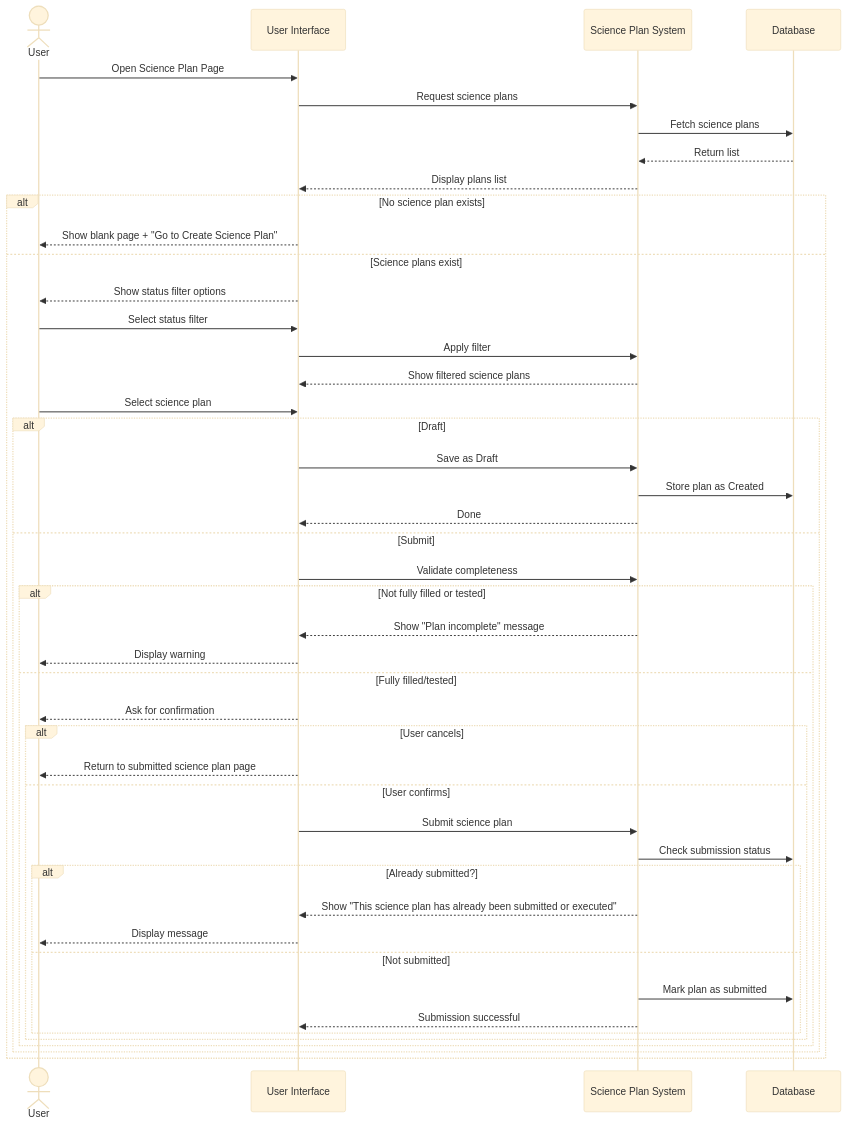
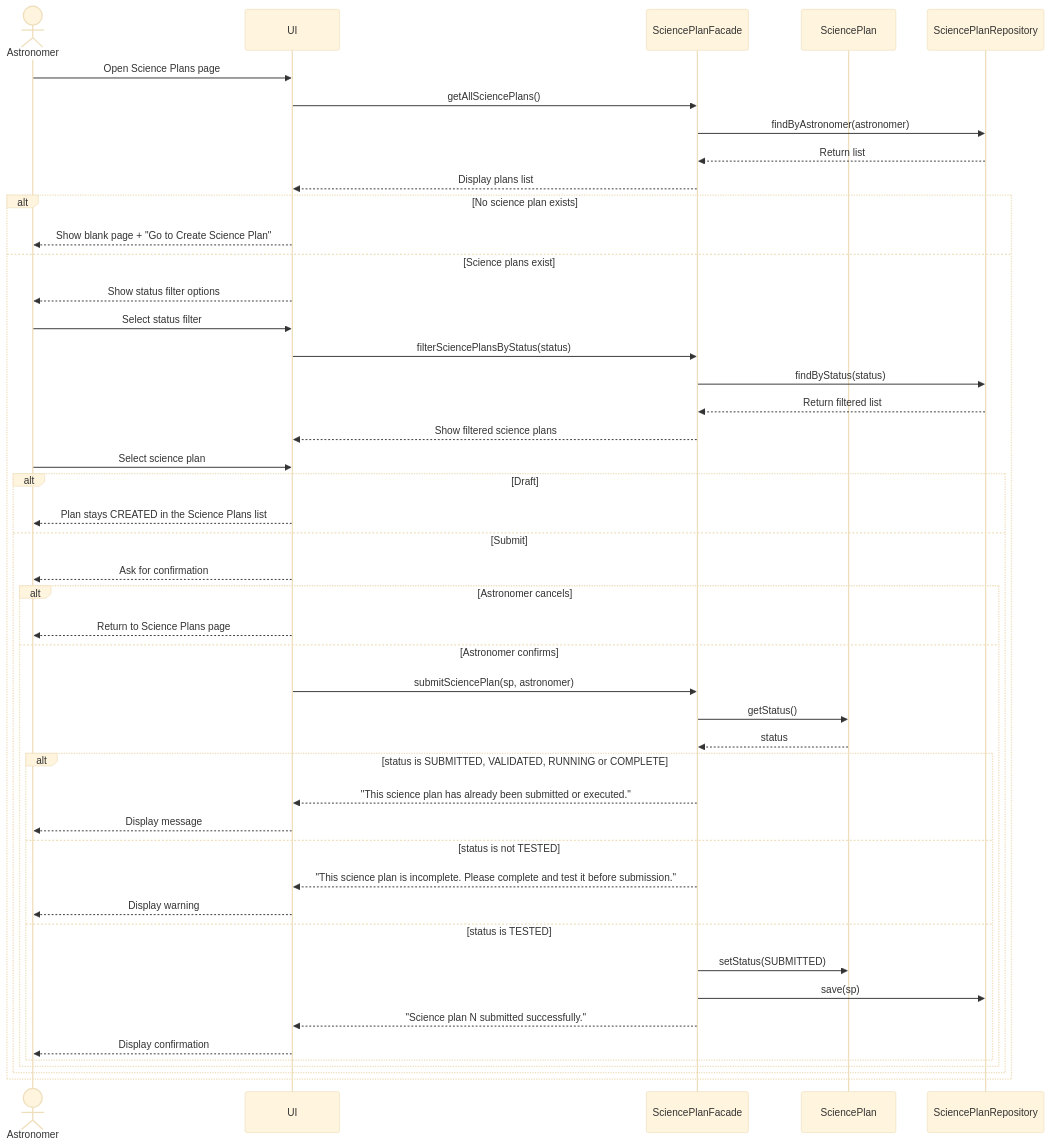
The fourth of 7 diagrams in docs/design.md (FantasticRattee/gemini-telescope-control-system), drawn with Mermaid (base theme) before and after one commit. The commit also changed other lines of this file and 13 other files, not shown here.

First line of the commit message:
Fix science plan workflow, tests, and use-case diagram

````diff
--- a/docs/design.md
+++ b/docs/design.md
@@ -197,60 +210,60 @@
 ```mermaid
 sequenceDiagram
-    actor User
-    participant UI as User Interface
-    participant System as Science Plan System
-    participant DB as Database
+    actor Astronomer
+    participant UI
+    participant SPF as SciencePlanFacade
+    participant SP as SciencePlan
+    participant SPR as SciencePlanRepository
 
     %% Start
-    User->>UI: Open Science Plan Page
-    UI->>System: Request science plans
-    System->>DB: Fetch science plans
-    DB-->>System: Return list
-    System-->>UI: Display plans list
+    Astronomer->>UI: Open Science Plans page
+    UI->>SPF: getAllSciencePlans()
+    SPF->>SPR: findByAstronomer(astronomer)
+    SPR-->>SPF: Return list
+    SPF-->>UI: Display plans list
 
     alt No science plan exists
-        UI-->>User: Show blank page + "Go to Create Science Plan"
+        UI-->>Astronomer: Show blank page + "Go to Create Science Plan"
     else Science plans exist
-        UI-->>User: Show status filter options
+        UI-->>Astronomer: Show status filter options
 
-        User->>UI: Select status filter
-        UI->>System: Apply filter
-        System-->>UI: Show filtered science plans
+        Astronomer->>UI: Select status filter
+        UI->>SPF: filterSciencePlansByStatus(status)
+        SPF->>SPR: findByStatus(status)
+        SPR-->>SPF: Return filtered list
+        SPF-->>UI: Show filtered science plans
 
-        User->>UI: Select science plan
+        Astronomer->>UI: Select science plan
 
         alt Draft
-            UI->>System: Save as Draft
-            System->>DB: Store plan as Created
-            System-->>UI: Done
+            UI-->>Astronomer: Plan stays CREATED in the Science Plans list
 
         else Submit
-            UI->>System: Validate completeness
+            UI-->>Astronomer: Ask for confirmation
 
-            alt Not fully filled or tested
-                System-->>UI: Show "Plan incomplete" message
-                UI-->>User: Display warning
+            alt Astronomer cancels
+                UI-->>Astronomer: Return to Science Plans page
 
-            else Fully filled/tested
-                UI-->>User: Ask for confirmation
+            else Astronomer confirms
+                UI->>SPF: submitSciencePlan(sp, astronomer)
+                SPF->>SP: getStatus()
+                SP-->>SPF: status
 
-                alt User cancels
-                    UI-->>User: Return to submitted science plan page
+                alt status is SUBMITTED, VALIDATED, RUNNING or COMPLETE
+                    SPF-->>UI: "This science plan has already been submitted or executed."
+                    UI-->>Astronomer: Display message
 
-                else User confirms
-                    UI->>System: Submit science plan
-                    System->>DB: Check submission status
+                else status is not TESTED
+                    SPF-->>UI: "This science plan is incomplete. Please complete and test it before submission."
+                    UI-->>Astronomer: Display warning
 
-                    alt Already submitted?
-                        System-->>UI: Show "This science plan has already been submitted or executed"
-                        UI-->>User: Display message
-
-                    else Not submitted
-                        System->>DB: Mark plan as submitted
-                        System-->>UI: Submission successful
-                    end
+                else status is TESTED
+                    SPF->>SP: setStatus(SUBMITTED)
+                    SPF->>SPR: save(sp)
+                    SPF-->>UI: "Science plan N submitted successfully."
+                    UI-->>Astronomer: Display confirmation
                 end
             end
         end
     end
 ```
````
